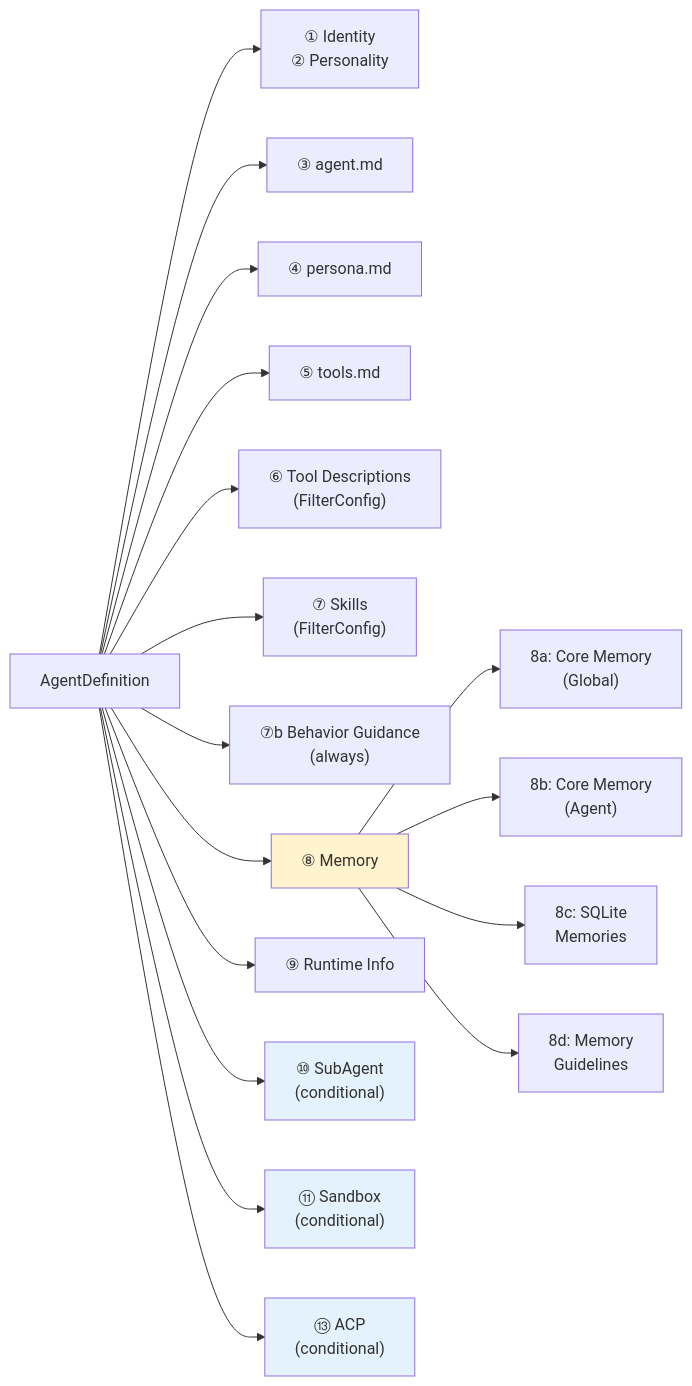
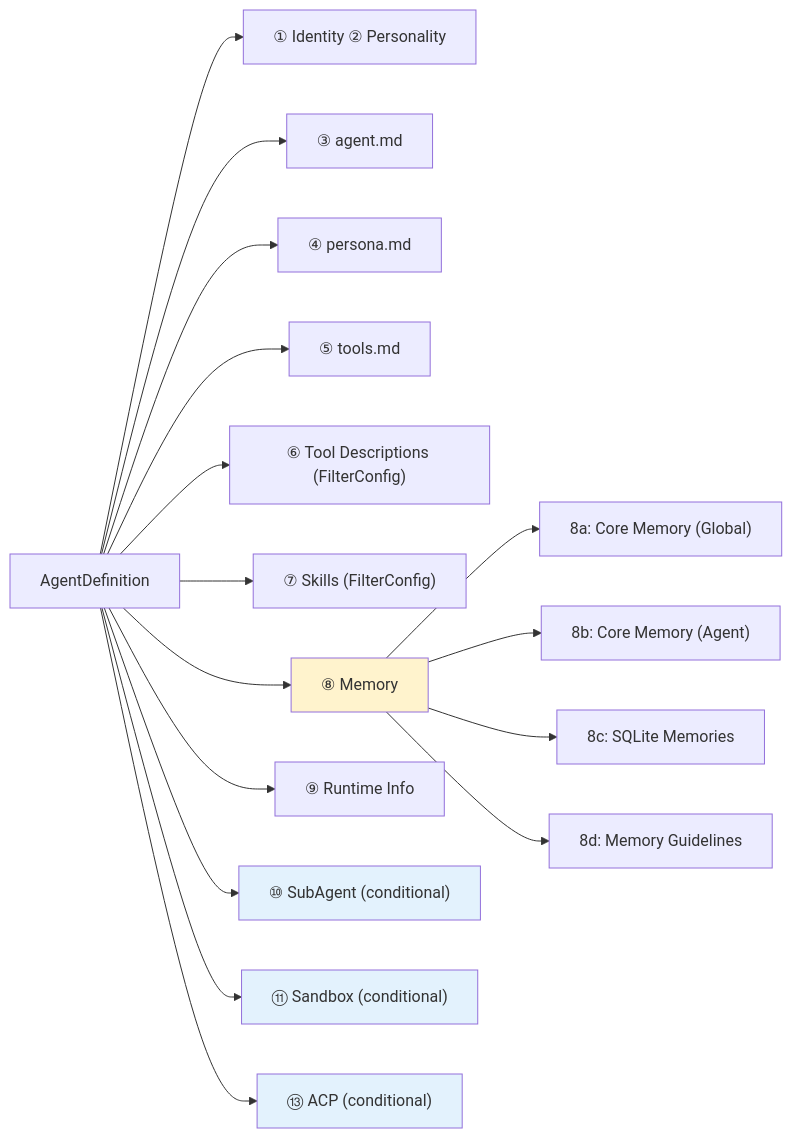
Before and after one commit to shiwenwen/hope-agent: the third of 4 diagrams in docs/architecture/prompt-system.md, drawn with Mermaid. The commit also changed other lines of this file and 16 other files, not shown here.

````diff
--- a/docs/architecture/prompt-system.md
+++ b/docs/architecture/prompt-system.md
@@ -96,24 +92,23 @@
 ```mermaid
 graph LR
-    AD["AgentDefinition"] --> S1["① Identity\n② Personality"]
+    AD["AgentDefinition"] --> S1["① Identity ② Personality"]
     AD --> S3["③ agent.md"]
     AD --> S4["④ persona.md"]
     AD --> S5["⑤ tools.md"]
-    AD --> S6["⑥ Tool Descriptions\n(FilterConfig)"]
-    AD --> S7["⑦ Skills\n(FilterConfig)"]
-    AD --> S7b["⑦b Behavior Guidance\n(always)"]
+    AD --> S6["⑥ Tool Descriptions (FilterConfig)"]
+    AD --> S7["⑦ Skills (FilterConfig)"]
     AD --> S8["⑧ Memory"]
-    S8 --> S8a["8a: Core Memory\n(Global)"]
-    S8 --> S8b["8b: Core Memory\n(Agent)"]
-    S8 --> S8c["8c: SQLite\nMemories"]
-    S8 --> S8d["8d: Memory\nGuidelines"]
+    S8 --> S8a["8a: Core Memory (Global)"]
+    S8 --> S8b["8b: Core Memory (Agent)"]
+    S8 --> S8c["8c: SQLite Memories"]
+    S8 --> S8d["8d: Memory Guidelines"]
     AD --> S9["⑨ Runtime Info"]
-    AD --> S10["⑩ SubAgent\n(conditional)"]
-    AD --> S11["⑪ Sandbox\n(conditional)"]
-    AD --> S13["⑬ ACP\n(conditional)"]
+    AD --> S10["⑩ SubAgent (conditional)"]
+    AD --> S11["⑪ Sandbox (conditional)"]
+    AD --> S13["⑬ ACP (conditional)"]
 
     style S8 fill:#fff3cd
     style S10 fill:#e3f2fd
     style S11 fill:#e3f2fd
     style S13 fill:#e3f2fd
 ```
````
